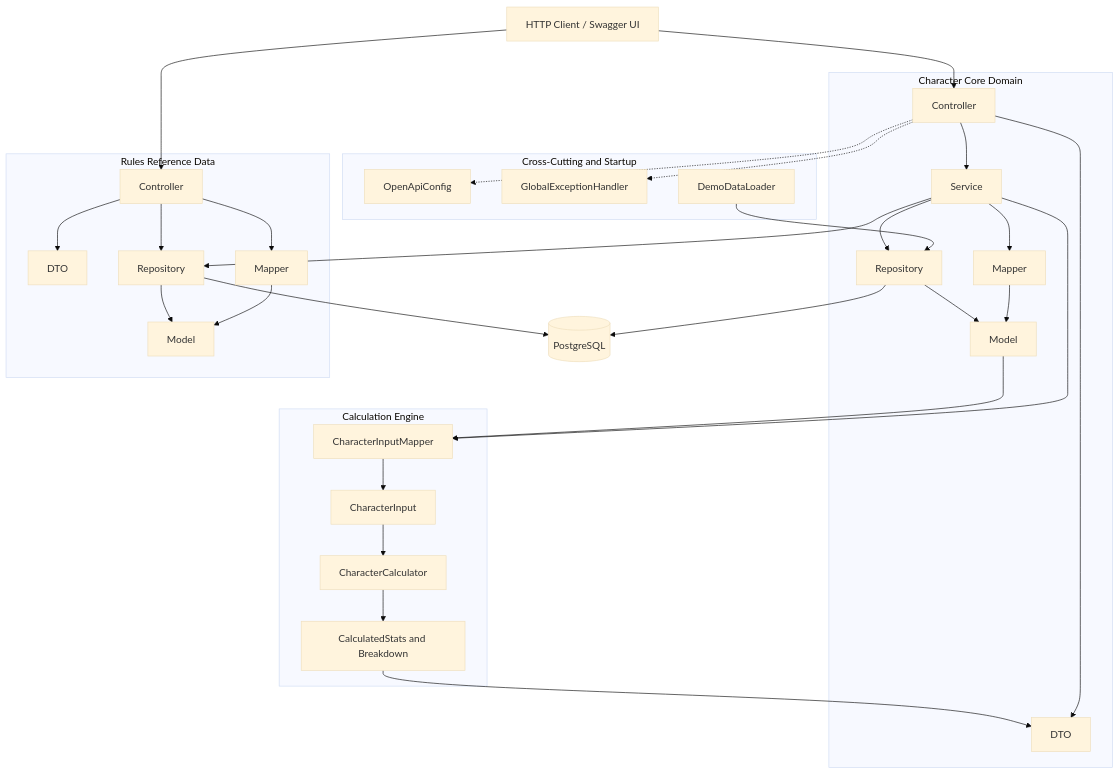
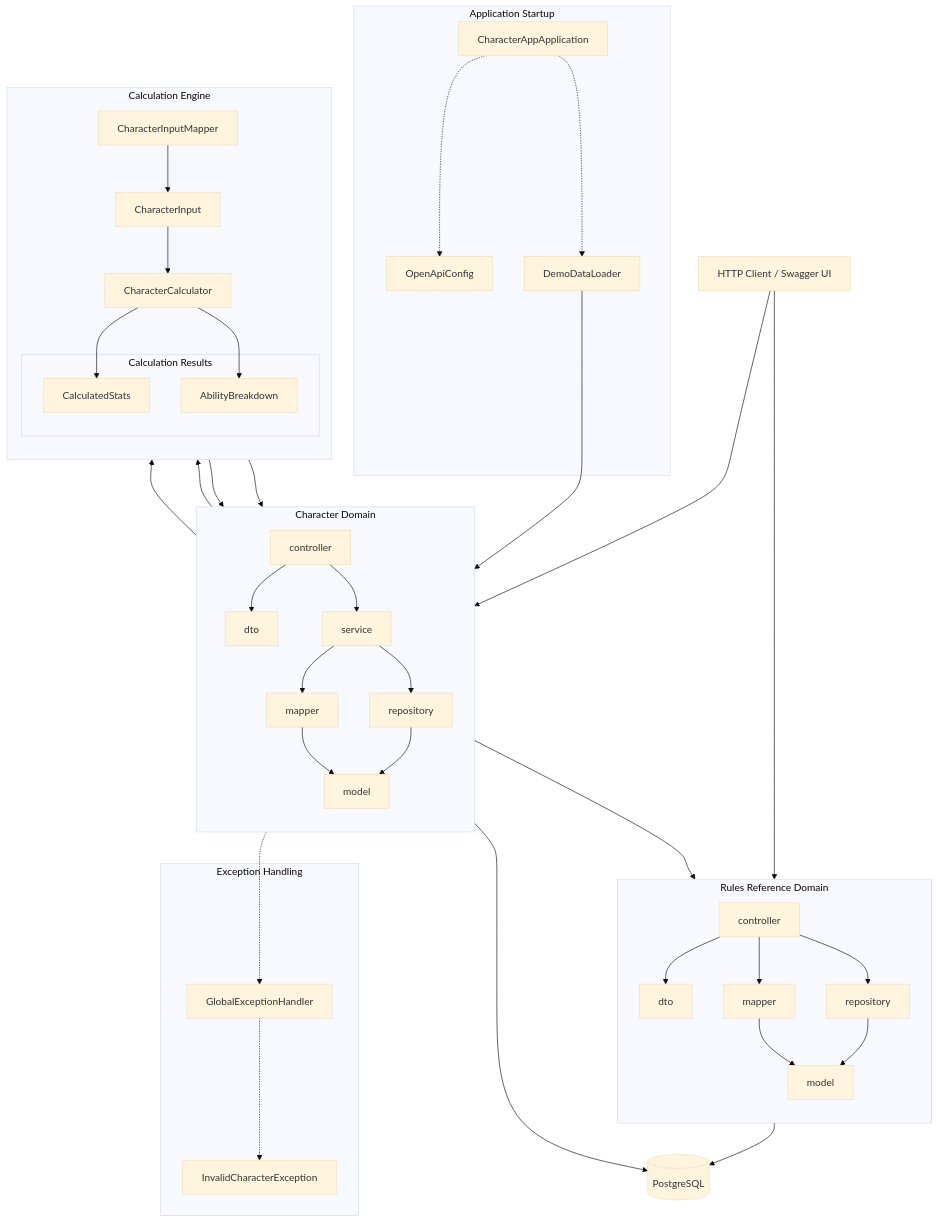
The first of 2 diagrams in README.md (nemcica/dnd-character-app), drawn with Mermaid (base theme) before and after one commit. The commit also changed other lines of this file, not shown here.

Commit message:
Revise architecture diagrams in README
Updated architecture diagrams in README.md to reflect changes in the application structure and components.

````diff
--- a/README.md
+++ b/README.md
@@ -169,68 +170,100 @@
 ```mermaid
-flowchart TD
-    Client["HTTP Client / Swagger UI"]
+flowchart TB
 
-    subgraph CrossCutting["Cross-Cutting and Startup"]
+    subgraph APP["Application Startup"]
+        Main["CharacterAppApplication"]
         OpenApi["OpenApiConfig"]
-        ExHandler["GlobalExceptionHandler"]
         Demo["DemoDataLoader"]
     end
 
-    subgraph CharacterDomain["Character Core Domain"]
-        CharCtrl["Controller"]
-        CharDto["DTO"]
-        CharSvc["Service"]
-        CharMap["Mapper"]
-        CharModel["Model"]
-        CharRepo["Repository"]
+    subgraph CROSS["Exception Handling"]
+        Handler["GlobalExceptionHandler"]
+        Invalid["InvalidCharacterException"]
     end
 
-    subgraph CalcEngine["Calculation Engine"]
-        CalcMap["CharacterInputMapper"]
-        CalcIn["CharacterInput"]
-        CalcCore["CharacterCalculator"]
-        CalcOut["CalculatedStats and Breakdown"]
+    subgraph CHARACTER["Character Domain"]
+        direction TB
+
+        CharController["controller"]
+        CharDTO["dto"]
+        CharMapper["mapper"]
+        CharService["service"]
+        CharModel["model"]
+        CharRepository["repository"]
     end
 
-    subgraph RulesDomain["Rules Reference Data"]
-        RulesCtrl["Controller"]
-        RulesDto["DTO"]
-        RulesMap["Mapper"]
-        RulesModel["Model"]
-        RulesRepo["Repository"]
+    subgraph CALC["Calculation Engine"]
+        direction TB
+
+        InputMapper["CharacterInputMapper"]
+        Input["CharacterInput"]
+        Calculator["CharacterCalculator"]
+
+        subgraph OUTPUT["Calculation Results"]
+            Stats["CalculatedStats"]
+            Breakdown["AbilityBreakdown"]
+        end
+    end
+
+    subgraph RULES["Rules Reference Domain"]
+        direction TB
+
+        RulesController["controller"]
+        RulesDTO["dto"]
+        RulesMapper["mapper"]
+        RulesModel["model"]
+        RulesRepository["repository"]
     end
 
     DB[("PostgreSQL")]
 
-    Client --> CharCtrl
-    Client --> RulesCtrl
+    %% Application
+    Main -.-> OpenApi
+    Main -.-> Demo
 
-    CharCtrl -.-> OpenApi
-    CharCtrl -.-> ExHandler
-    Demo --> CharRepo
+    %% Client Entry Points
+    Client["HTTP Client / Swagger UI"]
+    Client --> CharController
+    Client --> RulesController
 
-    CharCtrl --> CharDto
-    CharCtrl --> CharSvc
-    CharSvc --> CharMap
-    CharSvc --> CharRepo
-    CharSvc --> RulesRepo
+    %% Character Domain
+    CharController --> CharDTO
+    CharController --> CharService
 
-    CharMap --> CharModel
-    CharRepo --> CharModel
+    CharService --> CharMapper
+    CharService --> CharRepository
+    CharService --> RulesRepository
+    CharService --> InputMapper
 
-    CharSvc --> CalcMap
-    CharModel --> CalcMap
-    CalcMap --> CalcIn
-    CalcIn --> CalcCore
-    CalcCore --> CalcOut
-    CalcOut --> CharDto
+    CharMapper --> CharModel
+    CharRepository --> CharModel
 
-    RulesCtrl --> RulesDto
-    RulesCtrl --> RulesRepo
-    RulesCtrl --> RulesMap
-    RulesMap --> RulesModel
-    RulesRepo --> RulesModel
+    %% Calculation Engine
+    CharModel --> InputMapper
+    InputMapper --> Input
+    Input --> Calculator
+    Calculator --> Stats
+    Calculator --> Breakdown
 
-    CharRepo --> DB
-    RulesRepo --> DB
+    Stats --> CharDTO
+    Breakdown --> CharDTO
+
+    %% Rules Domain
+    RulesController --> RulesDTO
+    RulesController --> RulesMapper
+    RulesController --> RulesRepository
+
+    RulesMapper --> RulesModel
+    RulesRepository --> RulesModel
+
+    %% Exceptions
+    Handler -.-> Invalid
+    CharService -.-> Handler
+
+    %% Demo Data
+    Demo --> CharRepository
+
+    %% Persistence
+    CharRepository --> DB
+    RulesRepository --> DB
 ```
````
